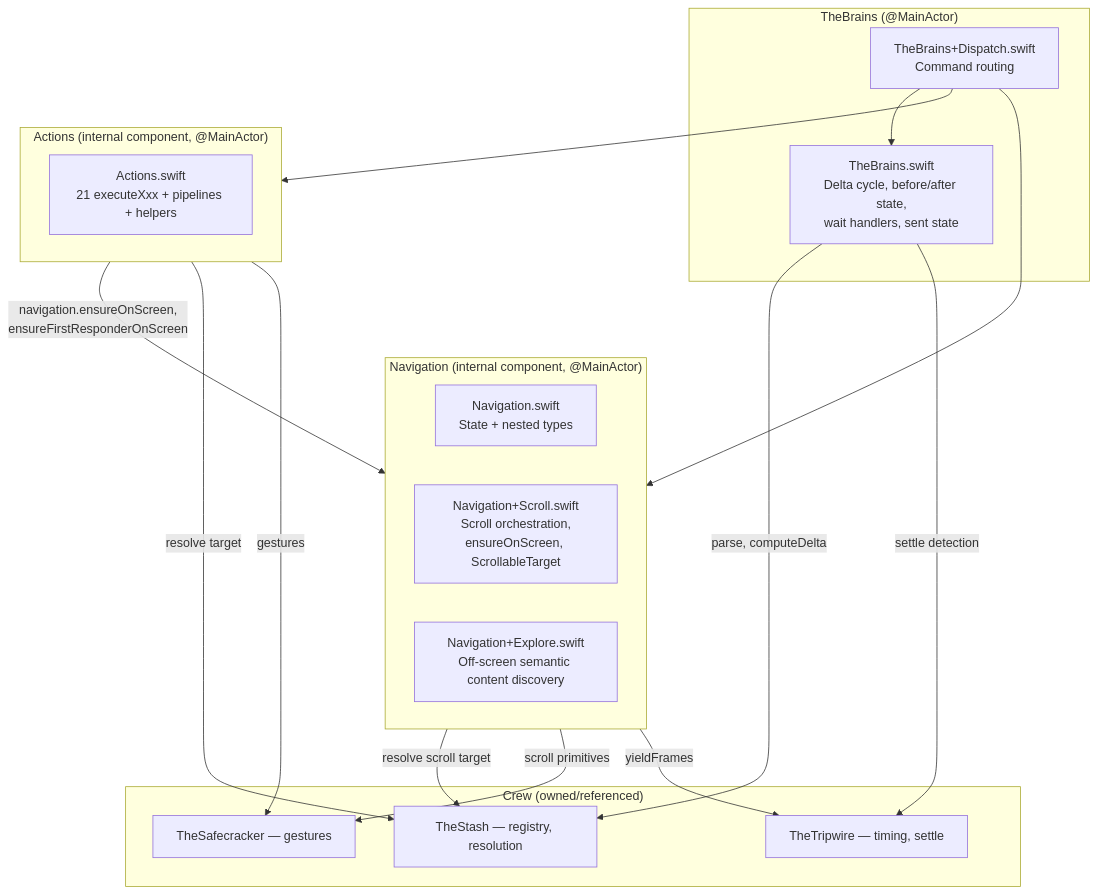
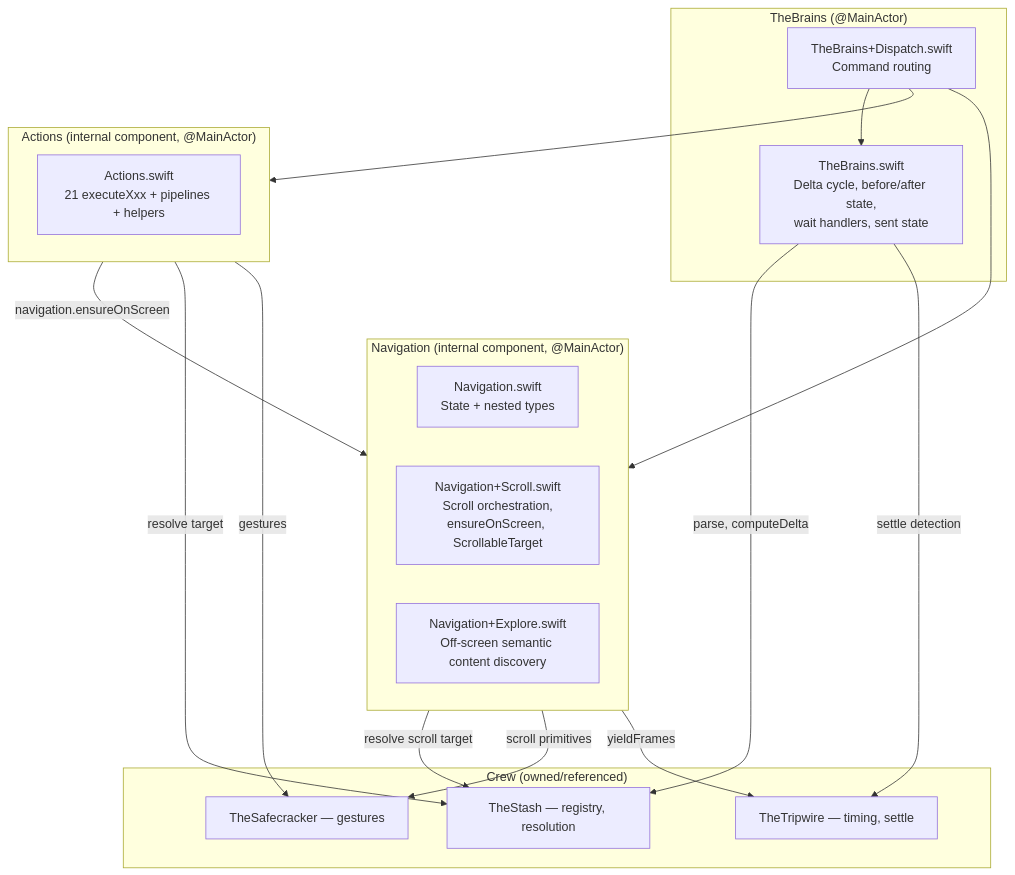
One commit to RoyalPineapple/TheButtonHeist changed the first of 3 diagrams in docs/dossiers/13-THEBRAINS.md. Above: the diagram before and after it, drawn with Mermaid. The commit also changed other lines of this file and 6 other files, not shown here.

````diff
--- a/docs/dossiers/13-THEBRAINS.md
+++ b/docs/dossiers/13-THEBRAINS.md
@@ -33,35 +33,35 @@
 ```mermaid
 graph TD
     subgraph TheBrains["TheBrains (@MainActor)"]
         Dispatch["TheBrains+Dispatch.swift<br/>Command routing"]
         Core["TheBrains.swift<br/>Delta cycle, before/after state,<br/>wait handlers, sent state"]
     end
 
     subgraph Navigation["Navigation (internal component, @MainActor)"]
         NavCore["Navigation.swift<br/>State + nested types"]
         NavScroll["Navigation+Scroll.swift<br/>Scroll orchestration,<br/>ensureOnScreen, ScrollableTarget"]
         NavExplore["Navigation+Explore.swift<br/>Off-screen semantic content discovery"]
     end
 
     subgraph Actions["Actions (internal component, @MainActor)"]
         ActCore["Actions.swift<br/>21 executeXxx + pipelines + helpers"]
     end
 
     subgraph Crew["Crew (owned/referenced)"]
         Stash["TheStash — registry, resolution"]
         Safecracker["TheSafecracker — gestures"]
         Tripwire["TheTripwire — timing, settle"]
     end
 
     Dispatch --> Actions
     Dispatch --> Navigation
     Dispatch --> Core
-    Actions -->|"navigation.ensureOnScreen,<br/>ensureFirstResponderOnScreen"| Navigation
+    Actions -->|"navigation.ensureOnScreen"| Navigation
     Actions -->|"resolve target"| Stash
     Actions -->|"gestures"| Safecracker
     Navigation -->|"resolve scroll target"| Stash
     Navigation -->|"scroll primitives"| Safecracker
     Navigation -->|"yieldFrames"| Tripwire
     Core -->|"parse, computeDelta"| Stash
     Core -->|"settle detection"| Tripwire
 ```
````
